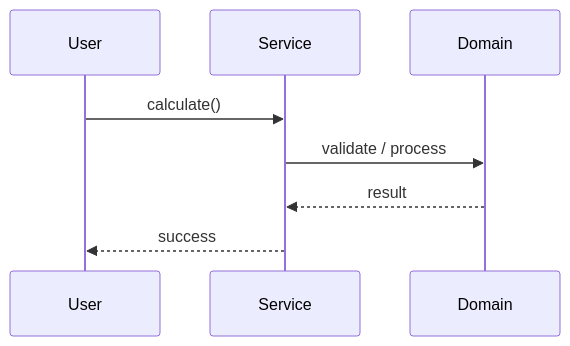
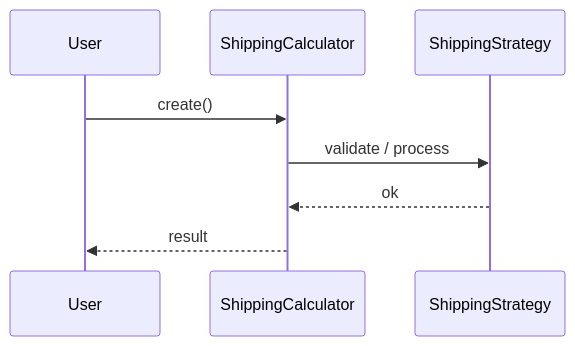
One commit to madhupaila/Interview-Prep-SSE changed the second of 3 diagrams in Learn/System Design - Low Level Design/03-design-patterns/questions/Q23-strategy-shipping.md. Above: the diagram before and after it, drawn with Mermaid. The commit also changed other lines of this file and 491 other files, not shown here.

````diff
--- a/Learn/System Design - Low Level Design/03-design-patterns/questions/Q23-strategy-shipping.md
+++ b/Learn/System Design - Low Level Design/03-design-patterns/questions/Q23-strategy-shipping.md
@@ -120,10 +147,10 @@
 ```mermaid
 sequenceDiagram
-    participant U as User
-    participant S as Service
-    participant D as Domain
-    U->>S: calculate()
-    S->>D: validate / process
-    D-->>S: result
-    S-->>U: success
+participant U as User
+participant S as ShippingCalculator
+participant D as ShippingStrategy
+U->>S: create()
+S->>D: validate / process
+D-->>S: ok
+S-->>U: result
 ```
````
